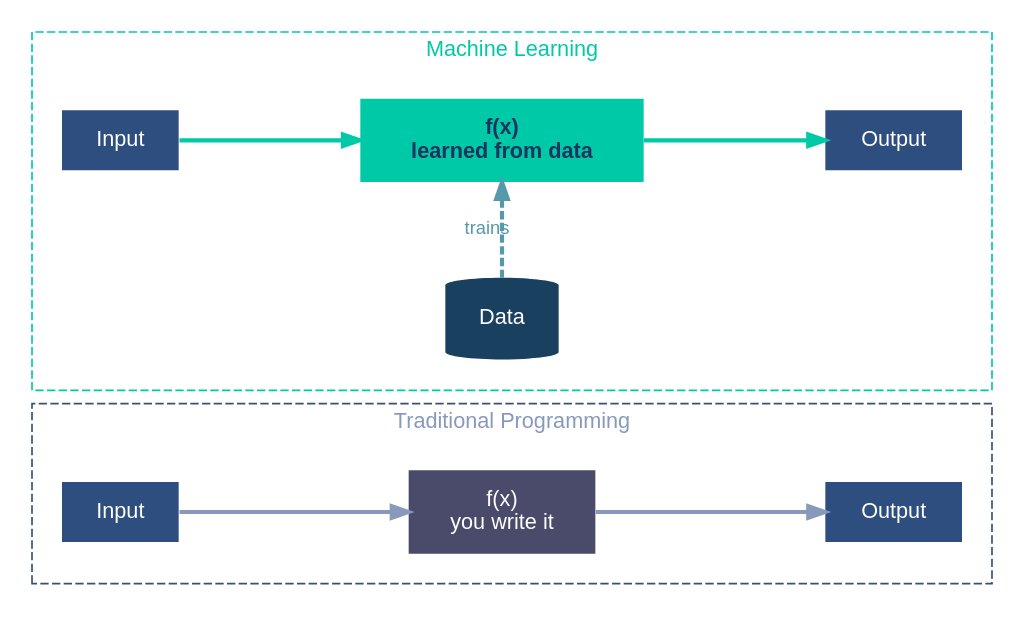
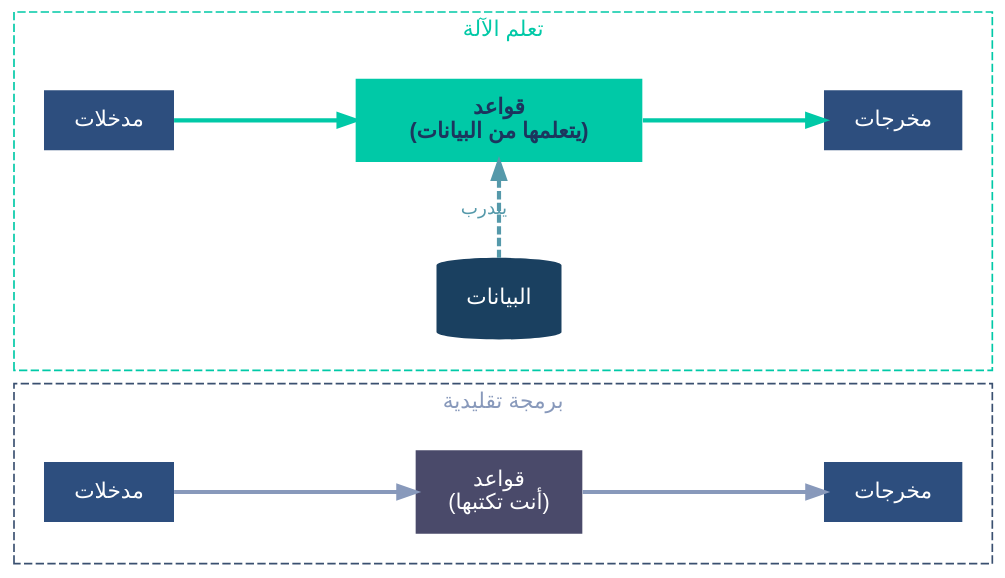
The diagram in slides/Ultralytics_Foundations_1_Tasks_Inference.qmd (hanenalmayouf/Computer_vision_Arabic-), drawn with Graphviz before and after one commit. The commit also changed other lines of this file and 522 other files, not shown here.

````diff
--- a/slides/Ultralytics_Foundations_1_Tasks_Inference.qmd
+++ b/slides/Ultralytics_Foundations_1_Tasks_Inference.qmd
@@ -26,33 +57,33 @@
 ```{dot}
 //| echo: false
-//| fig-width: 10
+//| fig-width: 5
 //| fig-height: 4.2
 digraph concept {
-    graph [rankdir=LR fontname="Helvetica" nodesep=0.4 ranksep=1.5]
+    graph [rankdir=LR fontname="Helvetica" nodesep=0.4 ranksep=1.5 bgcolor="transparent"]
     node  [fontname="Helvetica" fontcolor=white style=filled shape=box penwidth=0 margin="0.25,0.15" fontsize=13]
     edge  [penwidth=2.5 arrowsize=1.0 fontname="Helvetica" fontsize=12]
 
     // ── Traditional row ──
     subgraph cluster_trad {
-        label="Traditional Programming" fontcolor="#8899bb" fontsize=13 style=dashed color="#3A5070" margin=18
-        ti [label="Input" fillcolor="#2D4E7E"]
-        tf [label="f(x)\nyou write it" fillcolor="#4a4a6a"]
-        to [label="Output" fillcolor="#2D4E7E"]
+        label="برمجة تقليدية" fontcolor="#8899bb" fontsize=13 style=dashed color="#3A5070" margin=18
+        ti [label="مدخلات" fillcolor="#2D4E7E"]
+        tf [label="قواعد\n(أنت تكتبها)" fillcolor="#4a4a6a"]
+        to [label="مخرجات" fillcolor="#2D4E7E"]
         ti -> tf [color="#8899bb"]
         tf -> to [color="#8899bb"]
     }
 
     // ── Machine Learning row ──
     subgraph cluster_ml {
-        label="Machine Learning" fontcolor="#00C9A7" fontsize=13 style=dashed color="#00C9A7" margin=18
-        mi   [label="Input" fillcolor="#2D4E7E"]
-        mf   [label="f(x)\nlearned from data" fillcolor="#00C9A7" fontcolor="#1C355E" fontname="Helvetica-Bold"]
-        mo   [label="Output" fillcolor="#2D4E7E"]
-        data [label="Data" fillcolor="#1a4060" shape=cylinder]
+        label="تعلم الآلة" fontcolor="#00C9A7" fontsize=13 style=dashed color="#00C9A7" margin=18
+        mi   [label="مدخلات" fillcolor="#2D4E7E"]
+        mf   [label="قواعد\n(يتعلمها من البيانات)" fillcolor="#00C9A7" fontcolor="#1C355E" fontname="Helvetica-Bold"]
+        mo   [label="مخرجات" fillcolor="#2D4E7E"]
+        data [label="البيانات" fillcolor="#1a4060" shape=cylinder]
         { rank=same; mf; data }
         mi   -> mf [color="#00C9A7"]
         mf   -> mo [color="#00C9A7"]
-        data -> mf [label="trains" color="#5599aa" style=dashed fontcolor="#5599aa" fontsize=11]
+        data -> mf [label="يتدرب" color="#5599aa" style=dashed fontcolor="#5599aa" fontsize=11]
     }
 }
 ```
````
